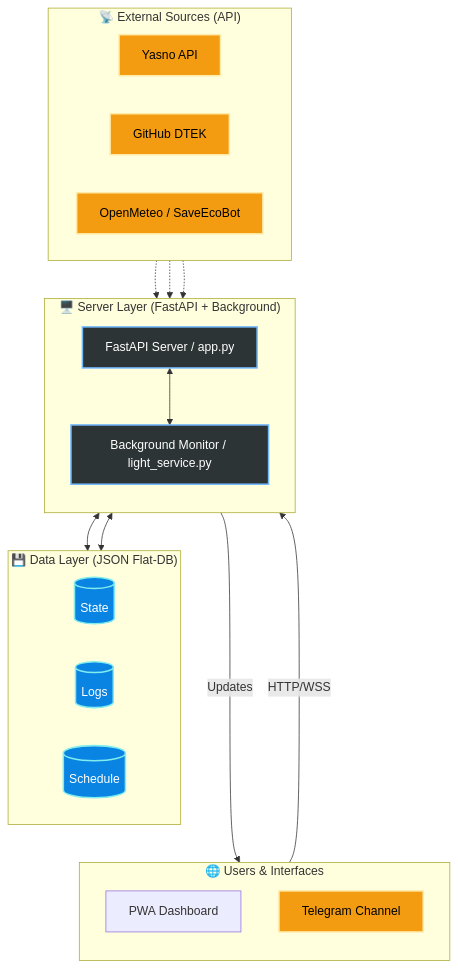
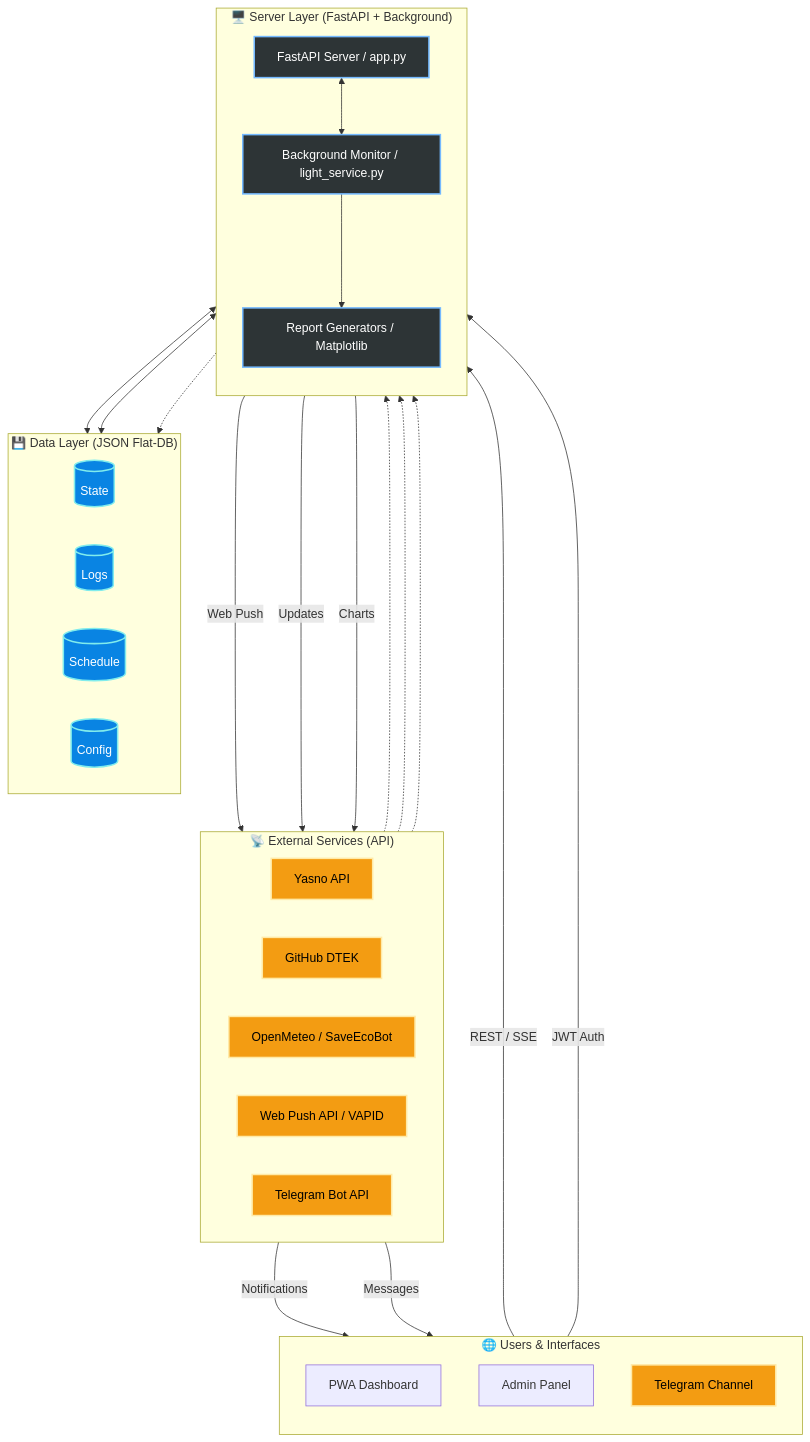
The diagram in README_ENG.md (weby-homelab/flash-monitor-kyiv), drawn with Mermaid before and after one commit. The commit also changed 1 other file, not shown here.

Commit message:
Docs: Update Mermaid diagrams with Admin Panel, Push API, and Web Services

````diff
--- a/README_ENG.md
+++ b/README_ENG.md
@@ -61,50 +61,64 @@
 ```mermaid
 graph TD
     %% -- Styles --
     classDef external fill:#f39c12,stroke:#ffeaa7,stroke-width:2px,color:#000
     classDef layer fill:#2d3436,stroke:#74b9ff,stroke-width:2px,color:#fff
     classDef data fill:#0984e3,stroke:#81ecec,stroke-width:2px,color:#fff
 
     subgraph Users ["🌐 Users & Interfaces"]
         direction TB
         WEB[PWA Dashboard]
+        ADMIN[Admin Panel]
         TG[Telegram Channel]
+    end
+
+    subgraph External ["📡 External Services (API)"]
+        direction LR
+        YASNO[Yasno API]
+        DTEK[GitHub DTEK]
+        METEO[OpenMeteo / SaveEcoBot]
+        PUSH[Web Push API / VAPID]
+        BOT[Telegram Bot API]
     end
 
     subgraph App ["🖥️ Server Layer (FastAPI + Background)"]
         direction TB
         API[FastAPI Server / app.py]
         LMN[Background Monitor / light_service.py]
+        REP[Report Generators / Matplotlib]
         
         API <--> LMN
+        LMN ---> REP
     end
 
     subgraph Data ["💾 Data Layer (JSON Flat-DB)"]
         direction LR
         STATE[(State)]
         LOGS[(Logs)]
         SCHED[(Schedule)]
-    end
-
-    subgraph External ["📡 External Sources (API)"]
-        direction LR
-        YASNO[Yasno API]
-        DTEK[GitHub DTEK]
-        METEO[OpenMeteo / SaveEcoBot]
+        CFG[(Config)]
     end
 
     %% Connections
-    WEB --->|HTTP/WSS| API
-    LMN --->|Updates| TG
+    WEB --->|REST / SSE| API
+    ADMIN --->|JWT Auth| API
+    
+    API --->|Web Push| PUSH
+    PUSH --->|Notifications| WEB
+    
+    LMN --->|Updates| BOT
+    REP --->|Charts| BOT
+    BOT --->|Messages| TG
     
     YASNO -.-> LMN
     DTEK -.-> LMN
     METEO -.-> API
     
     API <--> Data
     LMN <--> Data
+    REP -.-> Data
 
-    class TG,YASNO,DTEK,METEO external
-    class API,LMN layer
-    class STATE,LOGS,SCHED data
+    class TG,YASNO,DTEK,METEO,PUSH,BOT external
+    class API,LMN,REP layer
+    class STATE,LOGS,SCHED,CFG data
 ```
````
